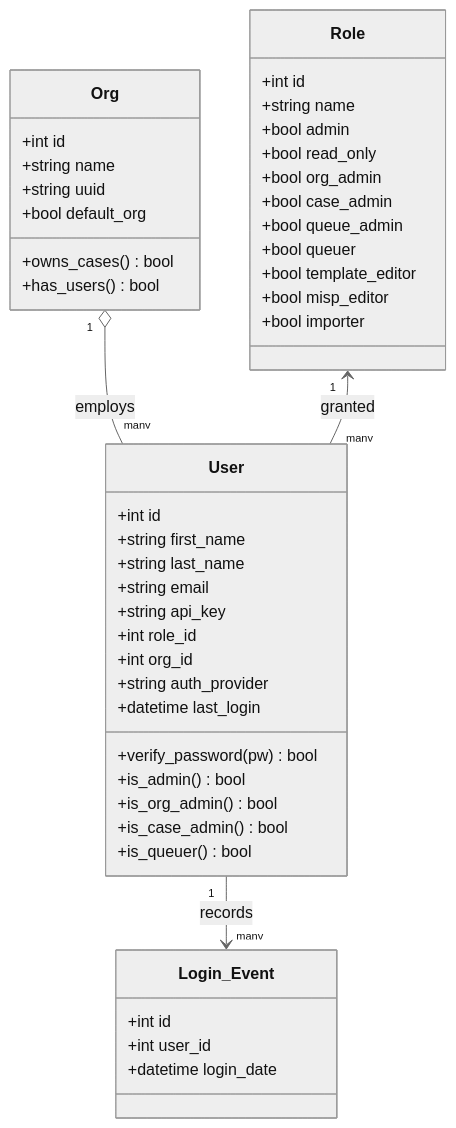
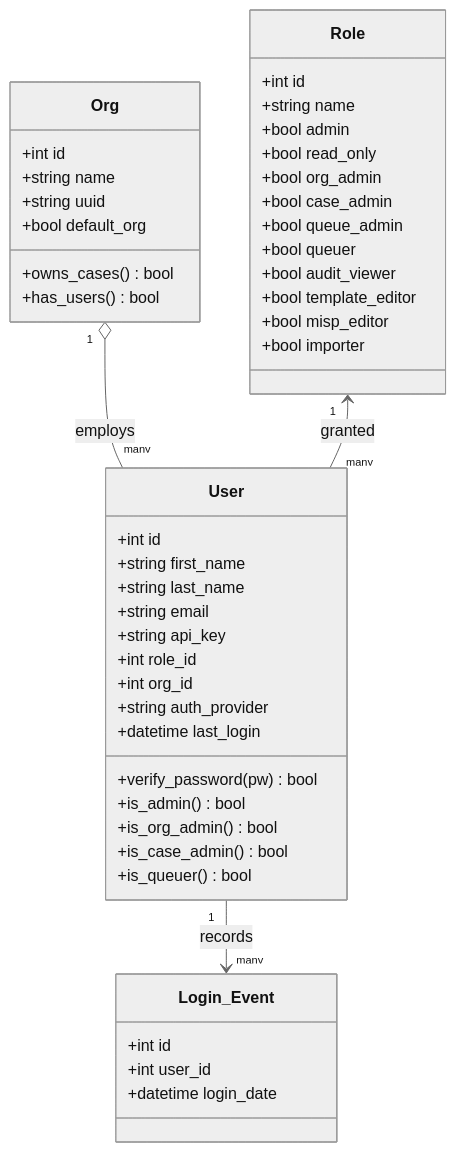
One commit to flowintel/flowintel changed diagram 19 of 34 in doc/technical-specifications.md. Above: the diagram before and after it, drawn with Mermaid (neutral theme). The commit also changed other lines of this file and 1 other file, not shown here.

````diff
--- a/doc/technical-specifications.md
+++ b/doc/technical-specifications.md
@@ -1028,48 +1071,49 @@
 ```mermaid
 classDiagram
     class User {
         +int id
         +string first_name
         +string last_name
         +string email
         +string api_key
         +int role_id
         +int org_id
         +string auth_provider
         +datetime last_login
         +verify_password(pw) bool
         +is_admin() bool
         +is_org_admin() bool
         +is_case_admin() bool
         +is_queuer() bool
     }
     class Org {
         +int id
         +string name
         +string uuid
         +bool default_org
         +owns_cases() bool
         +has_users() bool
     }
     class Role {
         +int id
         +string name
         +bool admin
         +bool read_only
         +bool org_admin
         +bool case_admin
         +bool queue_admin
         +bool queuer
+        +bool audit_viewer
         +bool template_editor
         +bool misp_editor
         +bool importer
     }
     class Login_Event {
         +int id
         +int user_id
         +datetime login_date
     }
     Org "1" o-- "many" User : employs
     Role "1" <-- "many" User : granted
     User "1" --> "many" Login_Event : records
 ```
````
